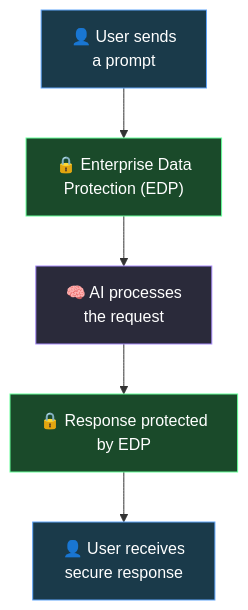
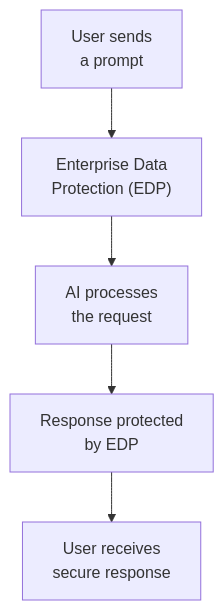
One commit to susanthgit/aguidetocloud-revamp changed the third of 6 diagrams in content/blog/microsoft-365-copilot-chat-complete-guide-for-trainers.md. Above: the diagram before and after it, drawn with Mermaid. The commit also changed other lines of this file and 553 other files, not shown here.

First line of the commit message:
🌸 Z17: Zen Mermaid diagrams — Stripe Docs style

````diff
--- a/content/blog/microsoft-365-copilot-chat-complete-guide-for-trainers.md
+++ b/content/blog/microsoft-365-copilot-chat-complete-guide-for-trainers.md
@@ -195,12 +181,7 @@
 ```mermaid
 flowchart TD
-    A["👤 User sends<br/>a prompt"] --> B["🔒 Enterprise Data<br/>Protection (EDP)"]
-    B --> C["🧠 AI processes<br/>the request"]
-    C --> D["🔒 Response protected<br/>by EDP"]
-    D --> E["👤 User receives<br/>secure response"]
-    style A fill:#1a3a4a,stroke:#60A5FA,color:#ffffff
-    style B fill:#1a4a2a,stroke:#66ff99,color:#ffffff
-    style C fill:#2a2a3a,stroke:#A78BFA,color:#ffffff
-    style D fill:#1a4a2a,stroke:#66ff99,color:#ffffff
-    style E fill:#1a3a4a,stroke:#60A5FA,color:#ffffff
+    A["User sends<br/>a prompt"] --> B["Enterprise Data<br/>Protection (EDP)"]
+    B --> C["AI processes<br/>the request"]
+    C --> D["Response protected<br/>by EDP"]
+    D --> E["User receives<br/>secure response"]
 ```
````
